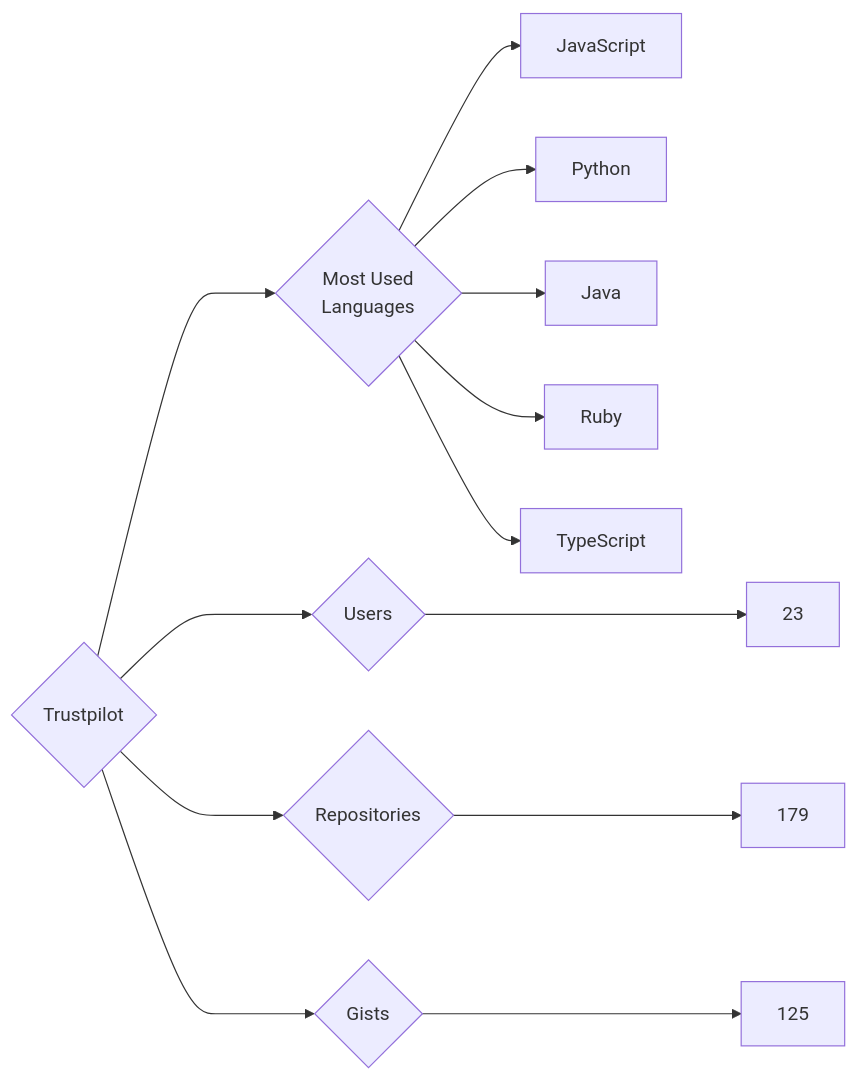
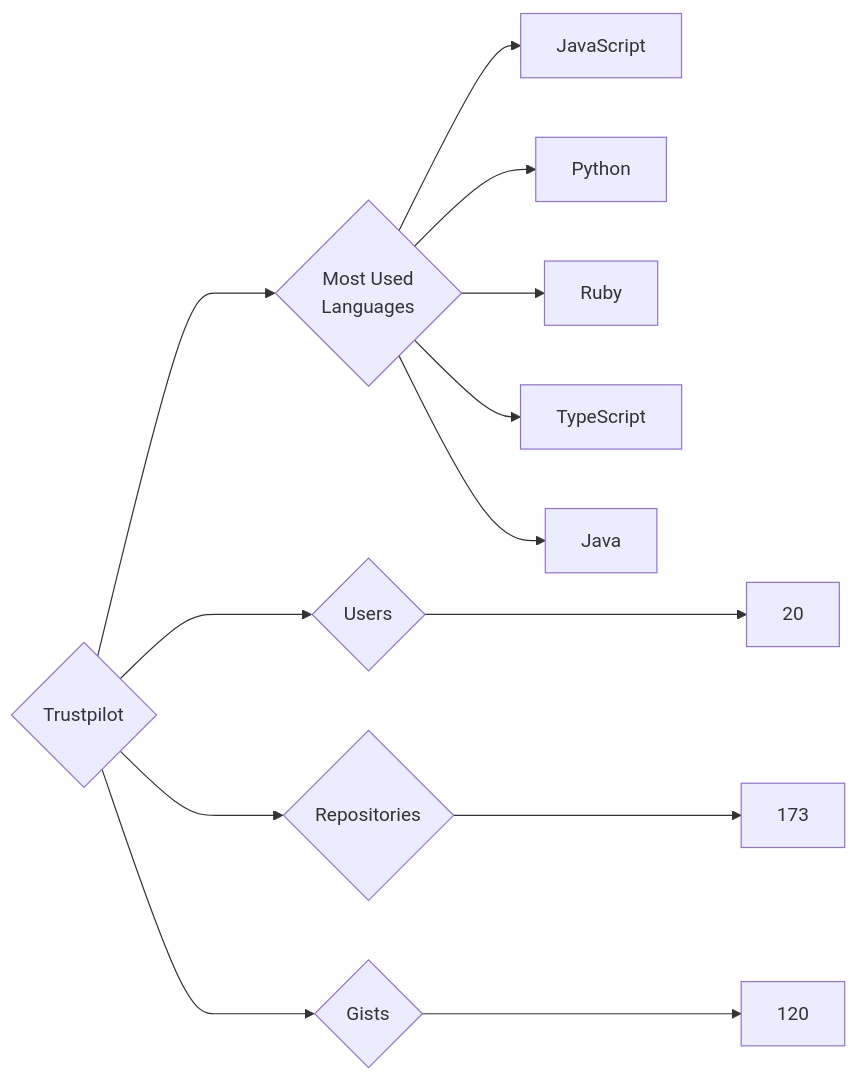
The diagram in targets/Trustpilot/README.md (trickest/insiders), drawn with Mermaid before and after one commit. The commit also changed 1479 other files, not shown here.

````diff
--- a/targets/Trustpilot/README.md
+++ b/targets/Trustpilot/README.md
@@ -3,13 +3,13 @@
 ```mermaid
 graph LR
 COMPANY_NAME{Trustpilot}
-COMPANY_NAME ---> U{Users} ---> UN[23]
-COMPANY_NAME ---> R{Repositories} ---> RN[179]
-COMPANY_NAME ---> G{Gists} ---> GN[125]
+COMPANY_NAME ---> U{Users} ---> UN[20]
+COMPANY_NAME ---> R{Repositories} ---> RN[173]
+COMPANY_NAME ---> G{Gists} ---> GN[120]
 COMPANY_NAME ---> ML{Most Used<br>Languages}
 ML --> JavaScript[JavaScript]
 ML --> Python[Python]
-ML --> Java[Java]
 ML --> Ruby[Ruby]
 ML --> TypeScript[TypeScript]
+ML --> Java[Java]
 ```
````
